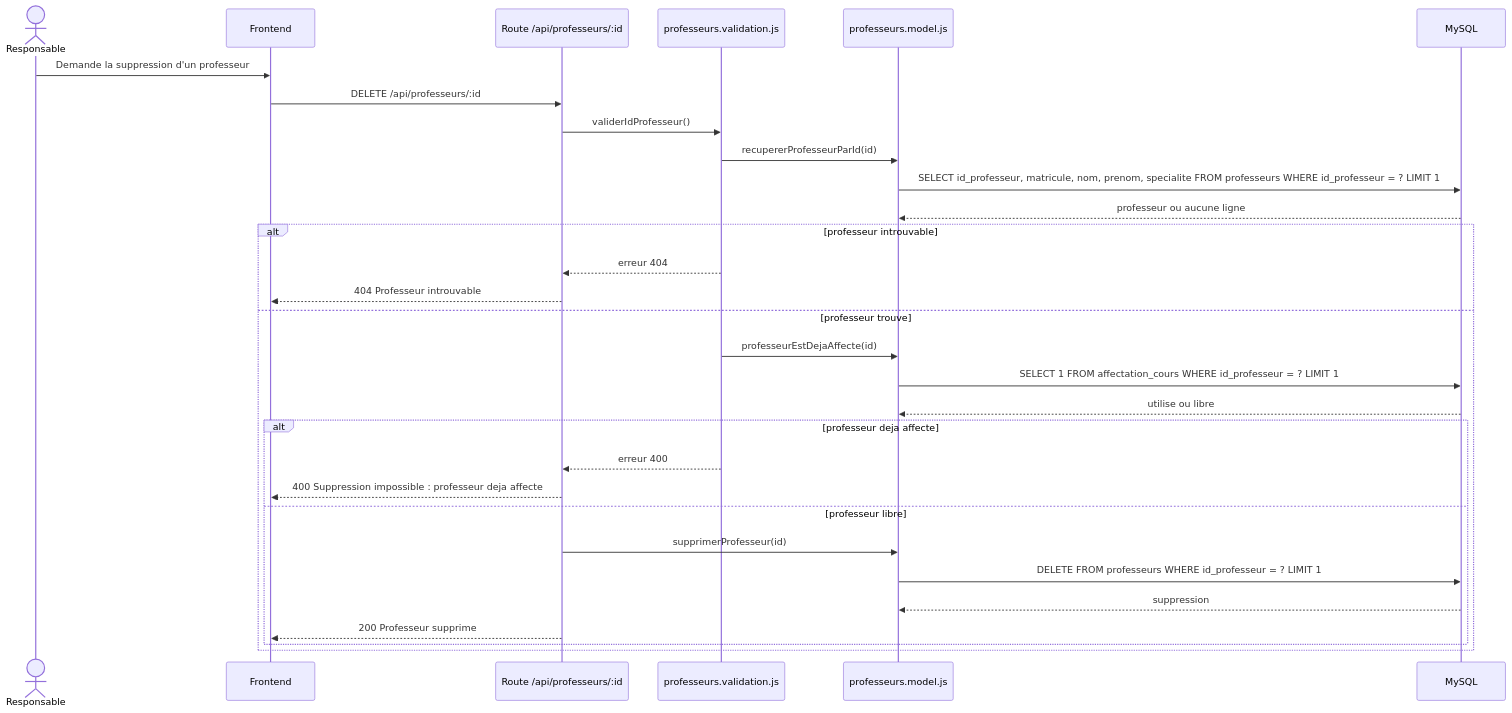
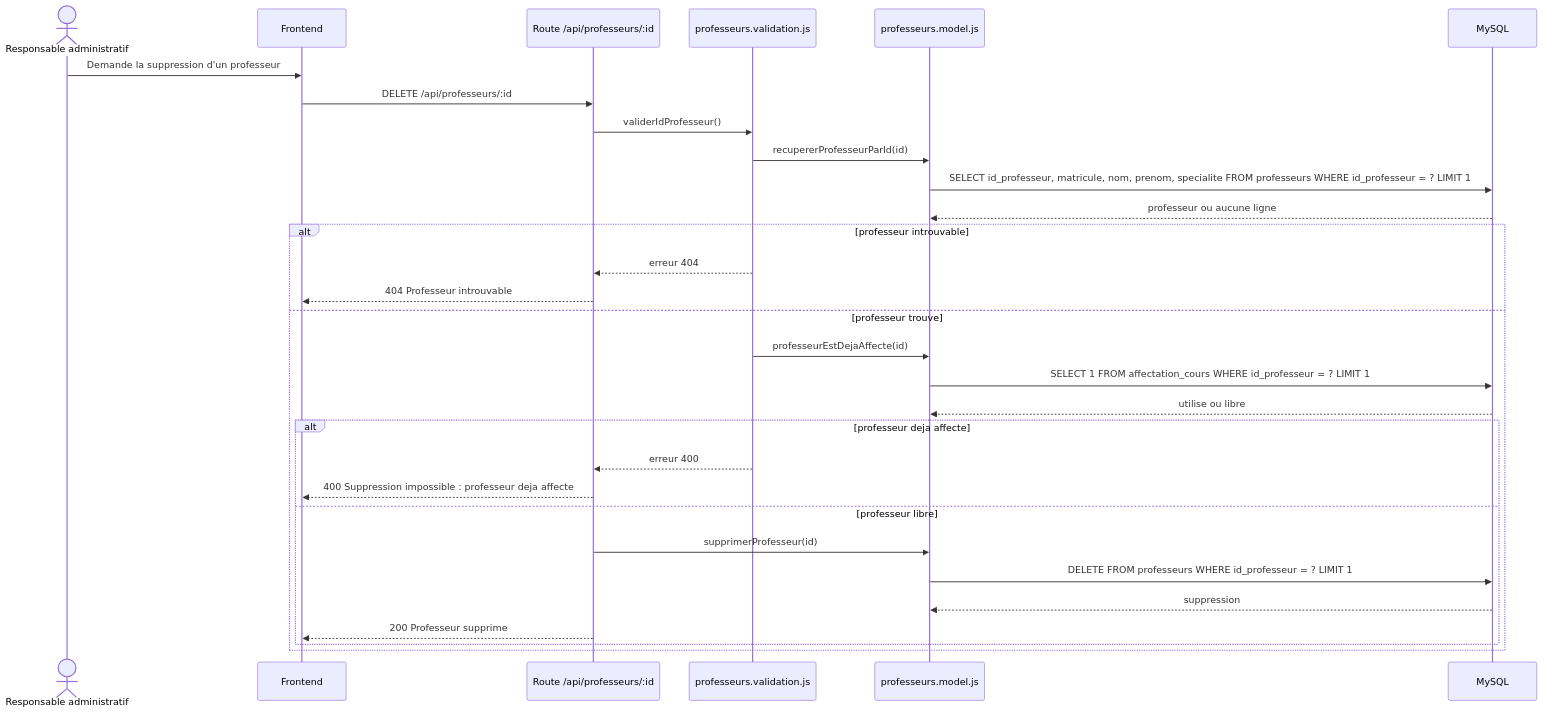
Before and after one commit to saberkara10/Horaire-5: the diagram in documents/diagrammes/professeurs-sequence.mmd, drawn with Mermaid. The commit also changed 189 other files, not shown here.

```diff
--- a/documents/diagrammes/professeurs-sequence.mmd
+++ b/documents/diagrammes/professeurs-sequence.mmd
@@ -1,33 +1,33 @@
 sequenceDiagram
-    actor Responsable
+    actor ResponsableAdministratif as Responsable administratif
     participant Frontend
     participant RouteProf as Route /api/professeurs/:id
     participant Validation as professeurs.validation.js
     participant ModelProf as professeurs.model.js
     participant MySQL
 
-    Responsable->>Frontend: Demande la suppression d'un professeur
+    ResponsableAdministratif->>Frontend: Demande la suppression d'un professeur
     Frontend->>RouteProf: DELETE /api/professeurs/:id
     RouteProf->>Validation: validerIdProfesseur()
     Validation->>ModelProf: recupererProfesseurParId(id)
     ModelProf->>MySQL: SELECT id_professeur, matricule, nom, prenom, specialite FROM professeurs WHERE id_professeur = ? LIMIT 1
     MySQL-->>ModelProf: professeur ou aucune ligne
 
     alt professeur introuvable
         Validation-->>RouteProf: erreur 404
         RouteProf-->>Frontend: 404 Professeur introuvable
     else professeur trouve
         Validation->>ModelProf: professeurEstDejaAffecte(id)
         ModelProf->>MySQL: SELECT 1 FROM affectation_cours WHERE id_professeur = ? LIMIT 1
         MySQL-->>ModelProf: utilise ou libre
 
         alt professeur deja affecte
             Validation-->>RouteProf: erreur 400
             RouteProf-->>Frontend: 400 Suppression impossible : professeur deja affecte
         else professeur libre
             RouteProf->>ModelProf: supprimerProfesseur(id)
             ModelProf->>MySQL: DELETE FROM professeurs WHERE id_professeur = ? LIMIT 1
             MySQL-->>ModelProf: suppression
             RouteProf-->>Frontend: 200 Professeur supprime
         end
     end
```
